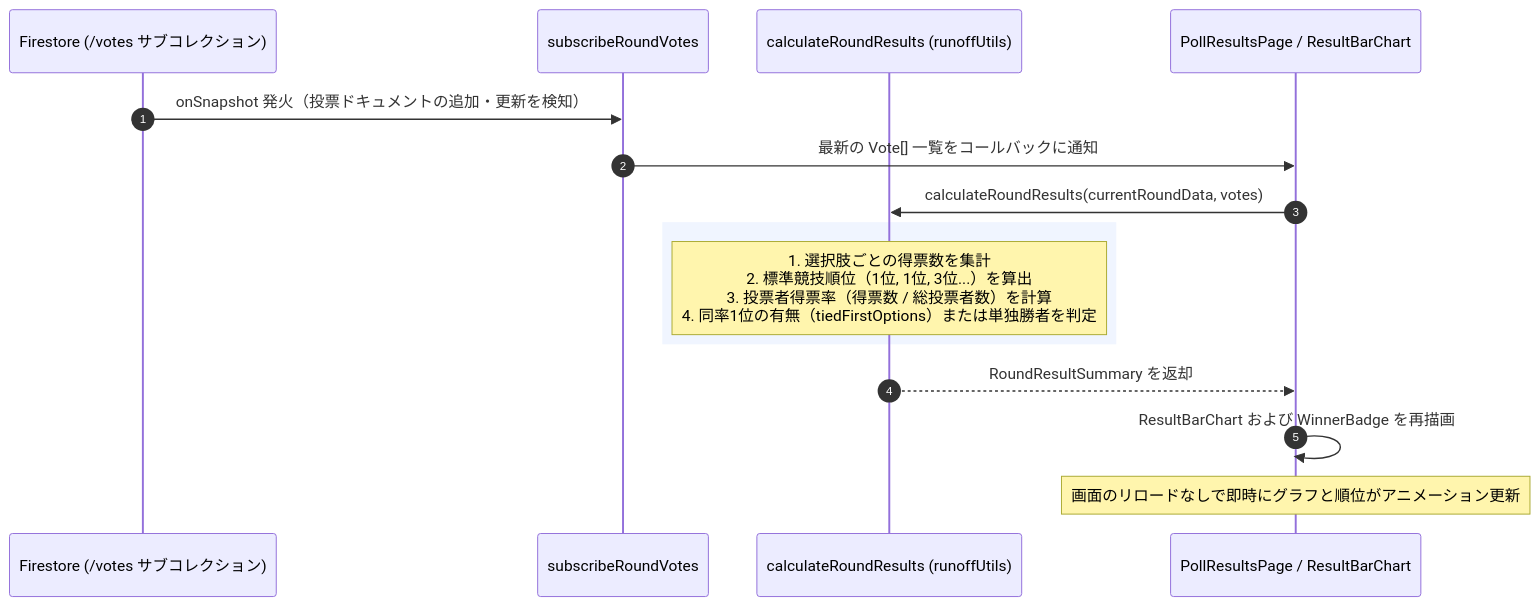
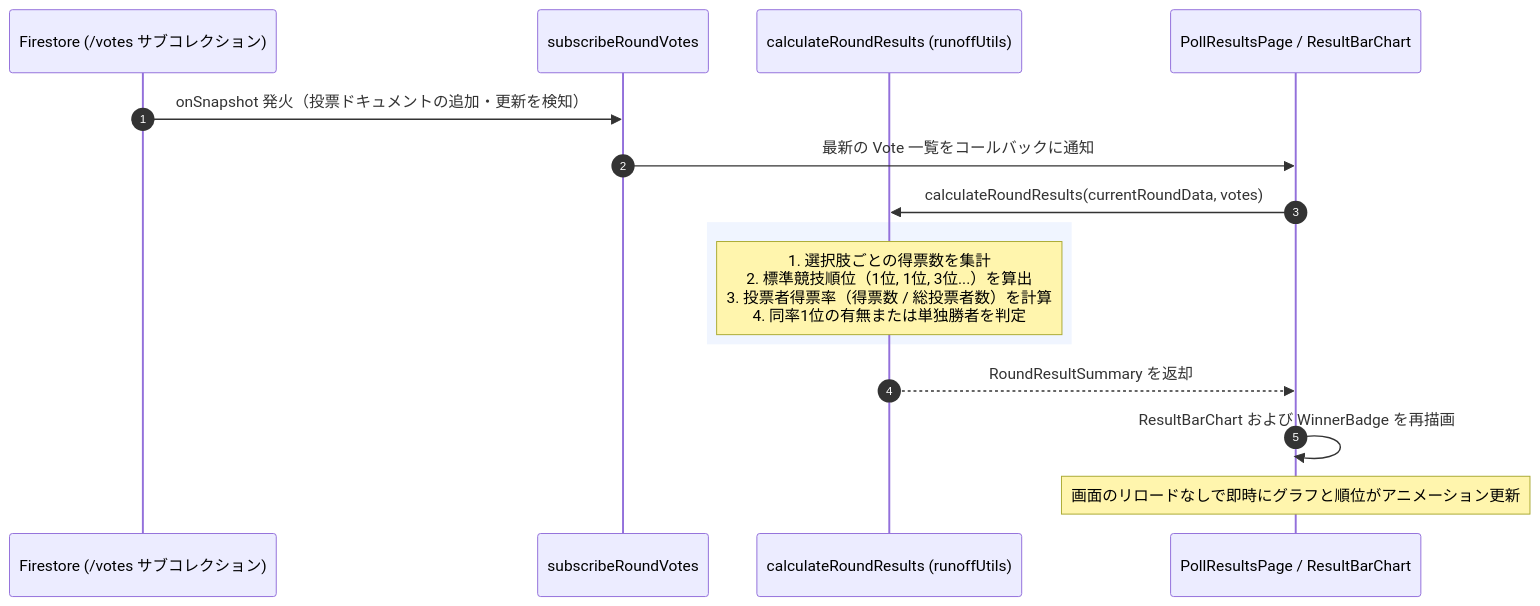
One commit to c1t0d0s0/votica changed the third of 7 diagrams in docs/SEQUENCE_DIAGRAMS.ja.md. Above: the diagram before and after it, drawn with Mermaid. The commit also changed other lines of this file and 1 other file, not shown here.

Commit message:
fixed SEQUENCE_DIAGRAMS

````diff
--- a/docs/SEQUENCE_DIAGRAMS.ja.md
+++ b/docs/SEQUENCE_DIAGRAMS.ja.md
@@ -88,20 +88,20 @@
 ```mermaid
 sequenceDiagram
     autonumber
     participant DB as Firestore (/votes サブコレクション)
     participant Service as subscribeRoundVotes
     participant Utils as calculateRoundResults (runoffUtils)
     participant ResultsUI as PollResultsPage / ResultBarChart
 
     DB->>Service: onSnapshot 発火（投票ドキュメントの追加・更新を検知）
-    Service->>ResultsUI: 最新の Vote[] 一覧をコールバックに通知
+    Service->>ResultsUI: 最新の Vote 一覧をコールバックに通知
     ResultsUI->>Utils: calculateRoundResults(currentRoundData, votes)
     
     rect rgb(240, 245, 255)
-        Note over Utils: 1. 選択肢ごとの得票数を集計<br/>2. 標準競技順位（1位, 1位, 3位...）を算出<br/>3. 投票者得票率（得票数 / 総投票者数）を計算<br/>4. 同率1位の有無（tiedFirstOptions）または単独勝者を判定
+        Note over Utils: 1. 選択肢ごとの得票数を集計<br/>2. 標準競技順位（1位, 1位, 3位...）を算出<br/>3. 投票者得票率（得票数 / 総投票者数）を計算<br/>4. 同率1位の有無または単独勝者を判定
     end
 
     Utils-->>ResultsUI: RoundResultSummary を返却
     ResultsUI->>ResultsUI: ResultBarChart および WinnerBadge を再描画
     Note over ResultsUI: 画面のリロードなしで即時にグラフと順位がアニメーション更新
 ```
````
